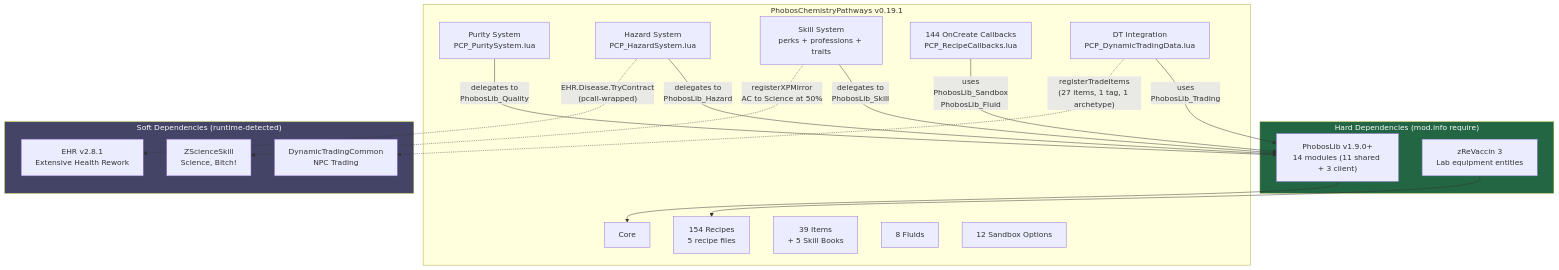
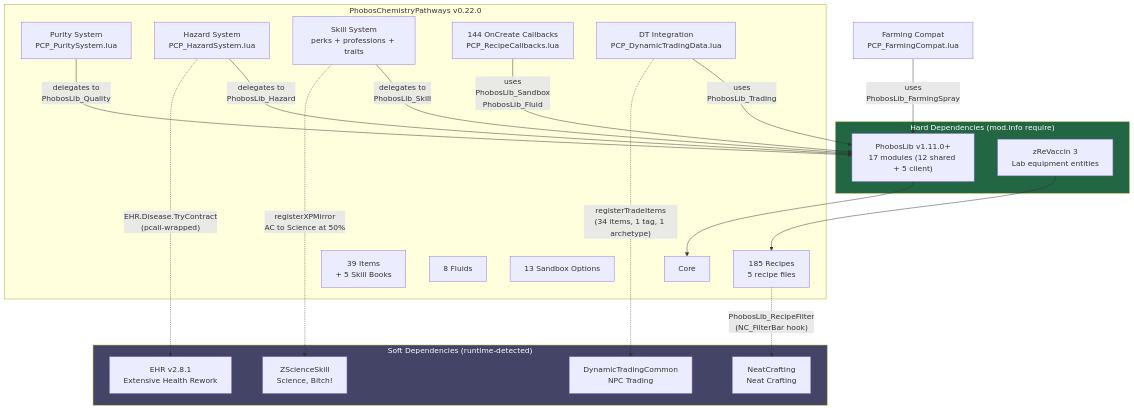
One commit to phobos-dthorga/mod-pz-chemistry-pathways changed the first of 2 diagrams in docs/diagrams/architecture.md. Above: the diagram before and after it, drawn with Mermaid. The commit also changed other lines of this file and 13 other files, not shown here.

Commit message:
docs: update documentation for v0.22.0 — changelog, README, mermaid diagrams, diagram docs, BBCode

````diff
--- a/docs/diagrams/architecture.md
+++ b/docs/diagrams/architecture.md
@@ -24,42 +26,46 @@
 ```mermaid
 graph TB
     subgraph HARD["Hard Dependencies (mod.info require)"]
-        PL["PhobosLib v1.9.0+<br/>14 modules (11 shared + 3 client)"]
+        PL["PhobosLib v1.11.0+<br/>17 modules (12 shared + 5 client)"]
         ZR["zReVaccin 3<br/>Lab equipment entities"]
     end
 
-    subgraph PCP["PhobosChemistryPathways v0.19.1"]
+    subgraph PCP["PhobosChemistryPathways v0.22.0"]
         CORE["Core"]
-        REC["154 Recipes<br/>5 recipe files"]
+        REC["185 Recipes<br/>5 recipe files"]
         ITEMS["39 Items<br/>+ 5 Skill Books"]
         FLUIDS["8 Fluids"]
-        SB["12 Sandbox Options"]
+        SB["13 Sandbox Options"]
         PURITY["Purity System<br/>PCP_PuritySystem.lua"]
         HAZARD["Hazard System<br/>PCP_HazardSystem.lua"]
         SKILL["Skill System<br/>perks + professions + traits"]
         CALLBACKS["144 OnCreate Callbacks<br/>PCP_RecipeCallbacks.lua"]
         TRADING["DT Integration<br/>PCP_DynamicTradingData.lua"]
     end
 
     subgraph SOFT["Soft Dependencies (runtime-detected)"]
         ZSS["ZScienceSkill<br/>Science, Bitch!"]
         EHR["EHR v2.8.1<br/>Extensive Health Rework"]
         DT["DynamicTradingCommon<br/>NPC Trading"]
+        NC["NeatCrafting<br/>Neat Crafting"]
     end
 
     PL --> CORE
     ZR --> REC
 
     PURITY -->|"delegates to<br/>PhobosLib_Quality"| PL
     HAZARD -->|"delegates to<br/>PhobosLib_Hazard"| PL
     SKILL -->|"delegates to<br/>PhobosLib_Skill"| PL
     CALLBACKS -->|"uses<br/>PhobosLib_Sandbox<br/>PhobosLib_Fluid"| PL
     TRADING -->|"uses<br/>PhobosLib_Trading"| PL
+    FARMING["Farming Compat<br/>PCP_FarmingCompat.lua"]
+    FARMING -->|"uses<br/>PhobosLib_FarmingSpray"| PL
 
     HAZARD -.->|"EHR.Disease.TryContract<br/>(pcall-wrapped)"| EHR
     SKILL -.->|"registerXPMirror<br/>AC to Science at 50%"| ZSS
-    TRADING -.->|"registerTradeItems<br/>(27 items, 1 tag, 1 archetype)"| DT
+    TRADING -.->|"registerTradeItems<br/>(34 items, 1 tag, 1 archetype)"| DT
+    REC -.->|"PhobosLib_RecipeFilter<br/>(NC_FilterBar hook)"| NC
 
     style HARD fill:#264,color:#fff
     style SOFT fill:#446,color:#fff
 ```
````
